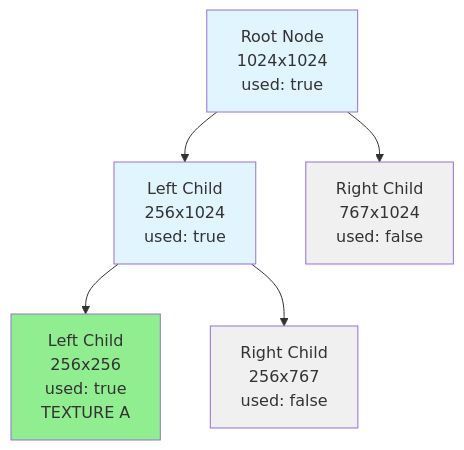
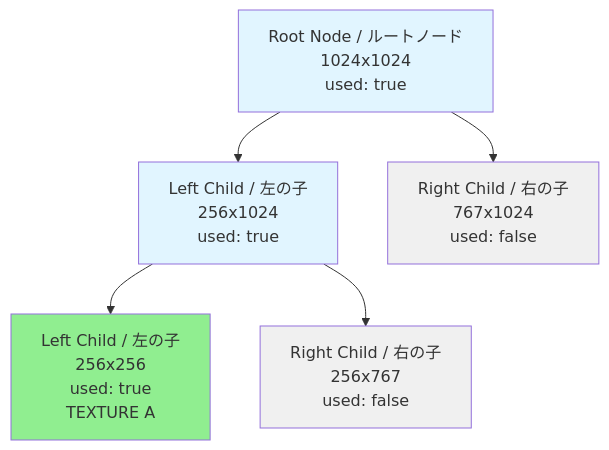
The first of 3 diagrams in packages/texture-packer/README.md (Next2D/player), drawn with Mermaid before and after one commit. The commit also changed other lines of this file and 2 other files, not shown here.

````diff
--- a/packages/texture-packer/README.md
+++ b/packages/texture-packer/README.md
@@ -57,13 +60,13 @@
 ```mermaid
 graph TD
-    A[Root Node<br/>1024x1024<br/>used: true] --> B[Left Child<br/>256x1024<br/>used: true]
-    A --> C[Right Child<br/>767x1024<br/>used: false]
-    B --> D[Left Child<br/>256x256<br/>used: true<br/>TEXTURE A]
-    B --> E[Right Child<br/>256x767<br/>used: false]
+    A[Root Node / ルートノード<br/>1024x1024<br/>used: true] --> B[Left Child / 左の子<br/>256x1024<br/>used: true]
+    A --> C[Right Child / 右の子<br/>767x1024<br/>used: false]
+    B --> D[Left Child / 左の子<br/>256x256<br/>used: true<br/>TEXTURE A]
+    B --> E[Right Child / 右の子<br/>256x767<br/>used: false]
 
     style A fill:#e1f5ff
     style B fill:#e1f5ff
     style C fill:#f0f0f0
     style D fill:#90ee90
     style E fill:#f0f0f0
 ```
````
